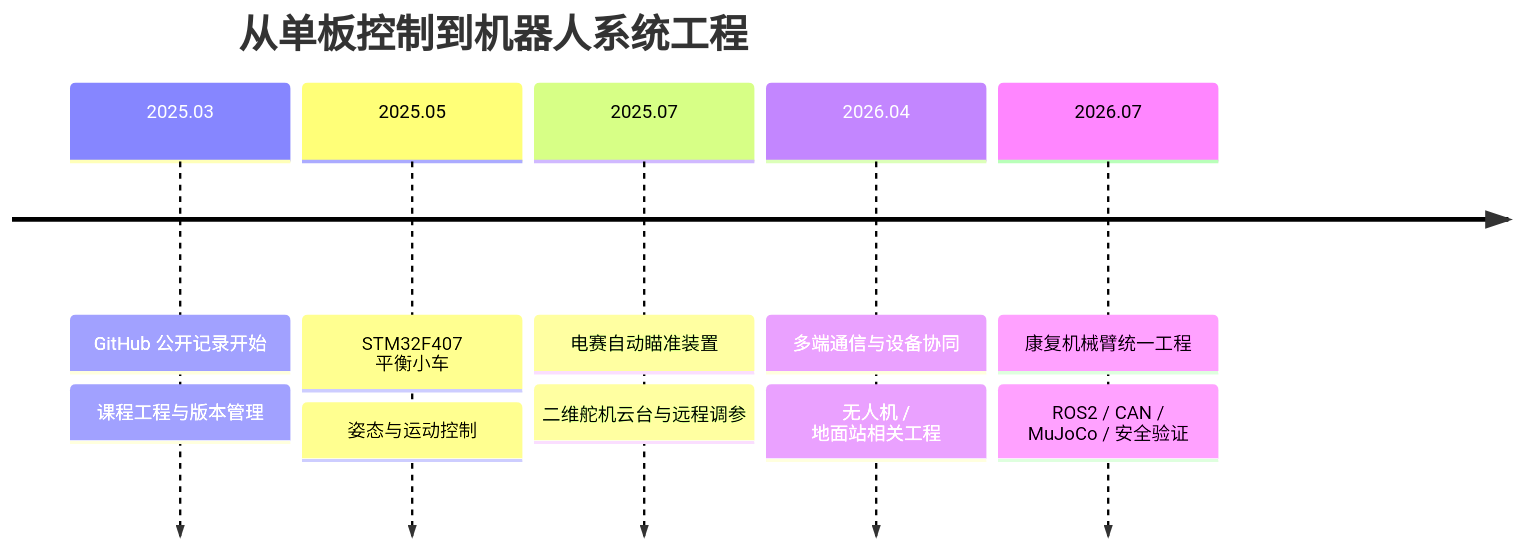
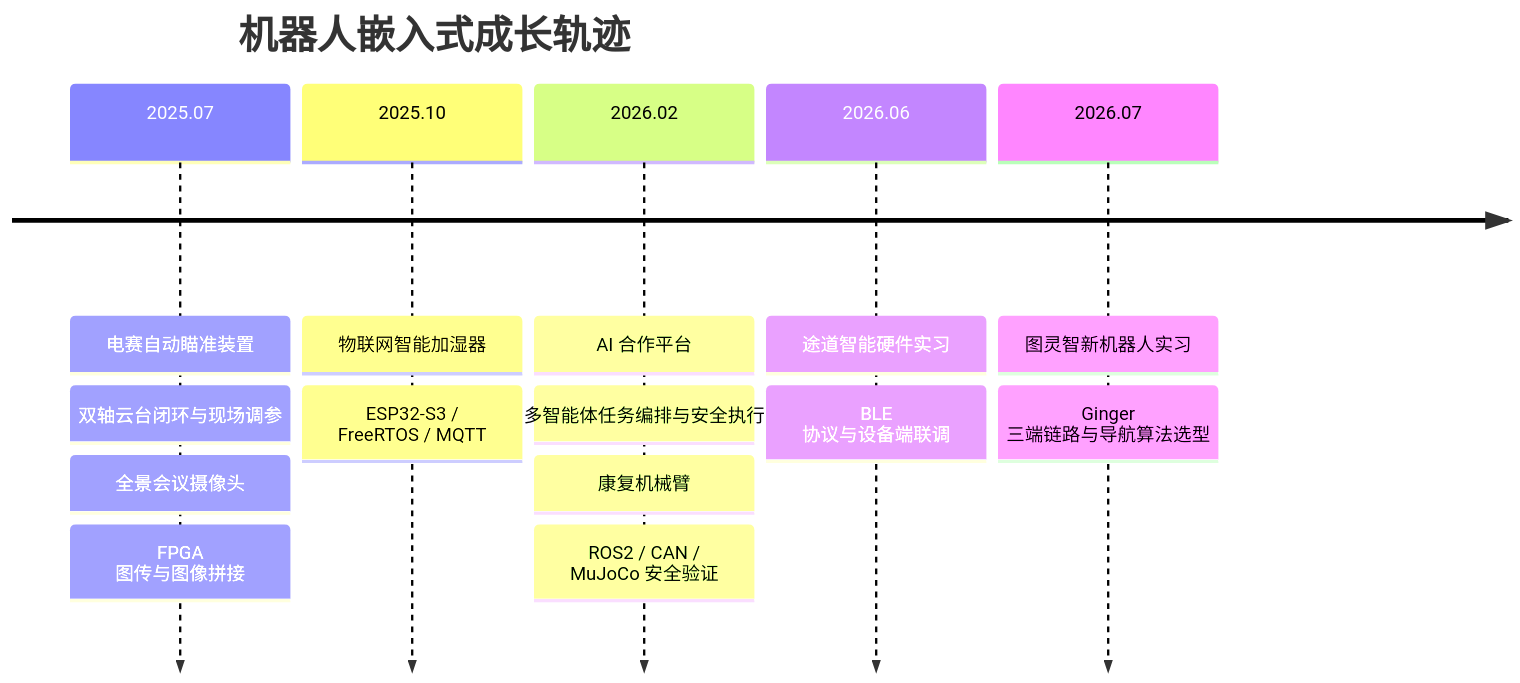
The second of 2 diagrams in README.md (wenjunyong666/wenjunyong666), drawn with Mermaid before and after one commit. The commit also changed other lines of this file and 4 other files, not shown here.

````diff
--- a/README.md
+++ b/README.md
@@ -198,14 +169,18 @@
 ```mermaid
 timeline
-    title 从单板控制到机器人系统工程
-    2025.03 : GitHub 公开记录开始
-             : 课程工程与版本管理
-    2025.05 : STM32F407 平衡小车
-             : 姿态与运动控制
+    title 机器人嵌入式成长轨迹
     2025.07 : 电赛自动瞄准装置
-             : 二维舵机云台与远程调参
-    2026.04 : 多端通信与设备协同
-             : 无人机 / 地面站相关工程
-    2026.07 : 康复机械臂统一工程
-             : ROS2 / CAN / MuJoCo / 安全验证
+             : 双轴云台闭环与现场调参
+             : 全景会议摄像头
+             : FPGA 图传与图像拼接
+    2025.10 : 物联网智能加湿器
+             : ESP32-S3 / FreeRTOS / MQTT
+    2026.02 : AI 合作平台
+             : 多智能体任务编排与安全执行
+             : 康复机械臂
+             : ROS2 / CAN / MuJoCo 安全验证
+    2026.06 : 途道智能硬件实习
+             : BLE 协议与设备端联调
+    2026.07 : 图灵智新机器人实习
+             : Ginger 三端链路与导航算法选型
 ```
````
